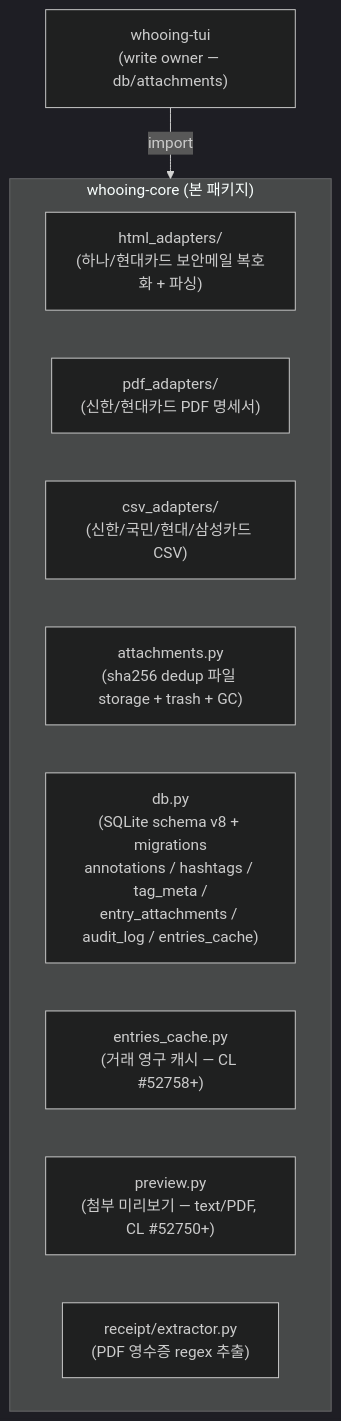
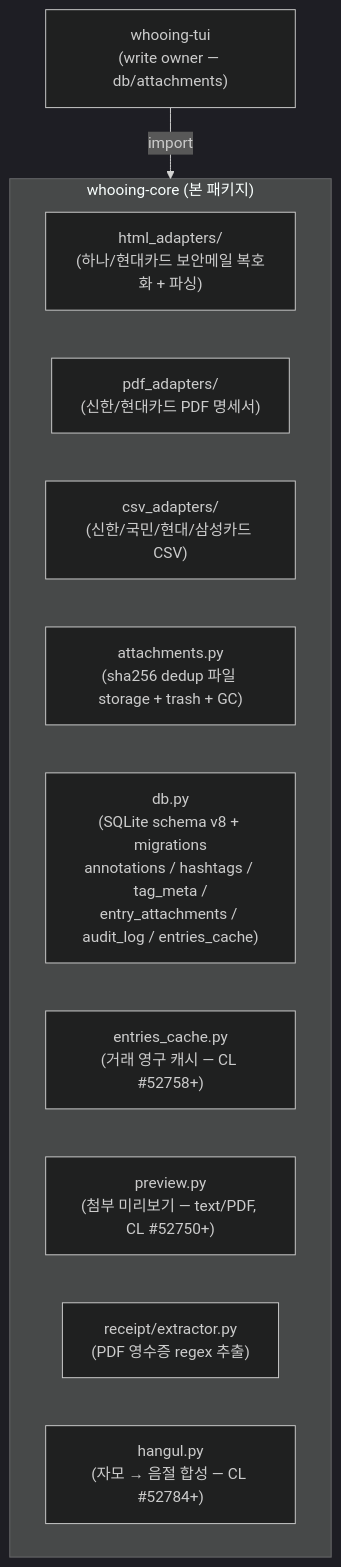
One commit to neoocean/whooing-tui changed the diagram in core/README.md. Above: the diagram before and after it, drawn with Mermaid (dark theme). The commit also changed other lines of this file and 5 other files, not shown here.

````diff
--- a/core/README.md
+++ b/core/README.md
@@ -9,15 +9,16 @@
 ```mermaid
 flowchart TB
     subgraph core["whooing-core (본 패키지)"]
         A["html_adapters/<br/>(하나/현대카드 보안메일 복호화 + 파싱)"]
         B["pdf_adapters/<br/>(신한/현대카드 PDF 명세서)"]
         C["csv_adapters/<br/>(신한/국민/현대/삼성카드 CSV)"]
         D["attachments.py<br/>(sha256 dedup 파일 storage + trash + GC)"]
         E["db.py<br/>(SQLite schema v8 + migrations<br/>annotations / hashtags / tag_meta /<br/>entry_attachments / audit_log / entries_cache)"]
         F["entries_cache.py<br/>(거래 영구 캐시 — CL #52758+)"]
         G["preview.py<br/>(첨부 미리보기 — text/PDF, CL #52750+)"]
         H["receipt/extractor.py<br/>(PDF 영수증 regex 추출)"]
+        I["hangul.py<br/>(자모 → 음절 합성 — CL #52784+)"]
     end
 
     TUI["whooing-tui<br/>(write owner — db/attachments)"] -->|import| core
 ```
````
